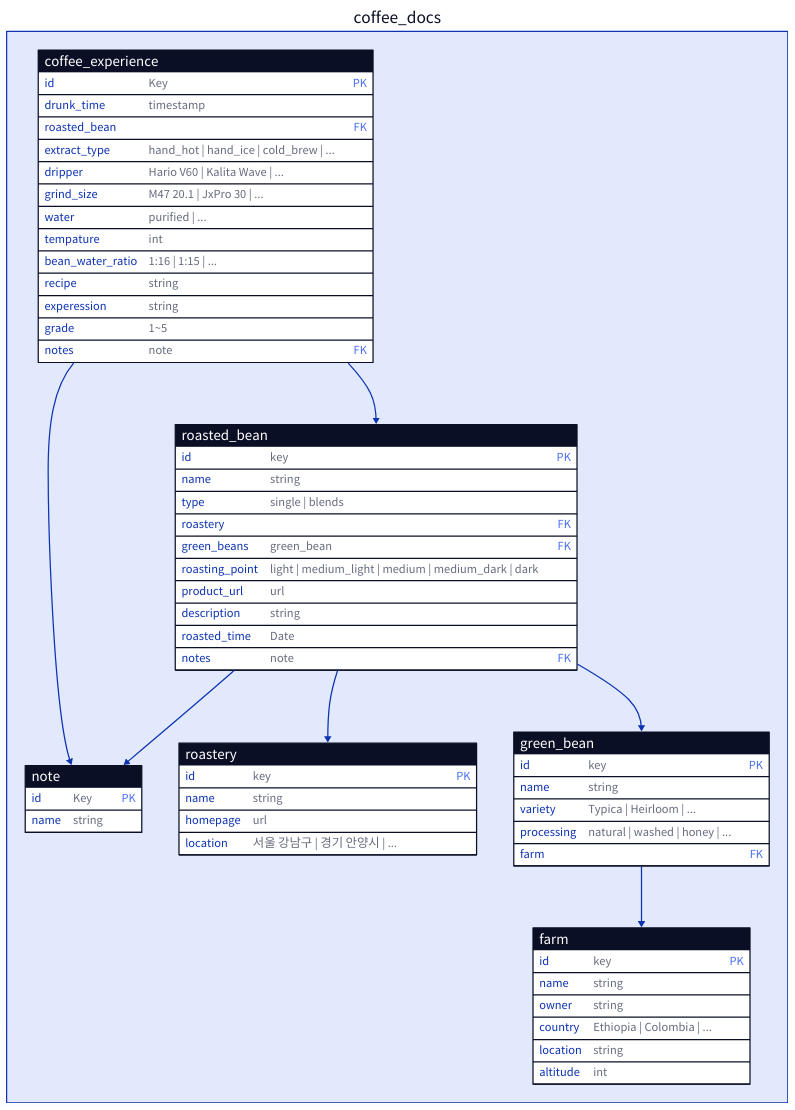
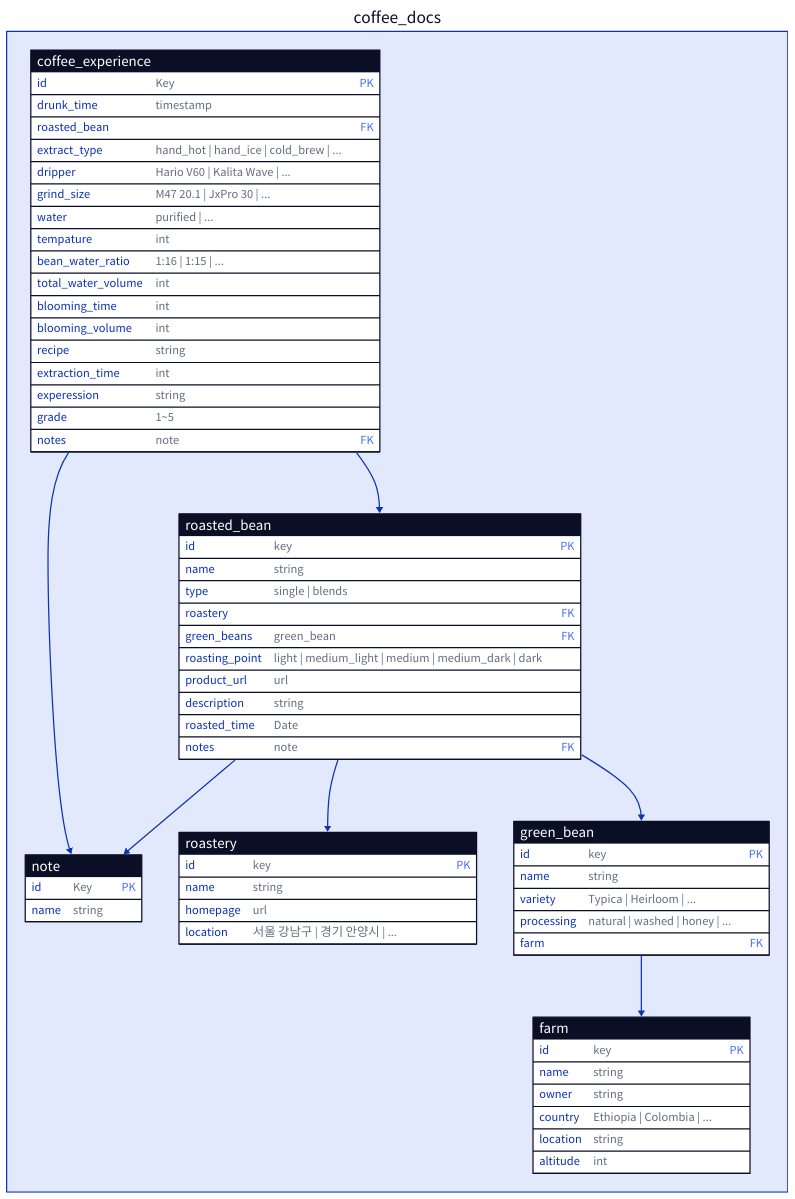
The diagram in coffee_experience.d2 (ColorOfLight/workspace-d2), drawn with D2 before and after one commit.

Commit message:
feat; coffee_experience v1.2
- imprvoe Dripping props for coffee_experience table

```diff
--- a/coffee_experience.d2
+++ b/coffee_experience.d2
@@ -1,86 +1,90 @@
-# Doc Version: v1.1
+# Doc Version: v1.2
 coffee_docs: {
   coffee_experience: {
     shape: sql_table
     id: Key {constraint: primary_key}
     drunk_time: timestamp
 
     # Bean
     roasted_bean: roasted_bean {constraint: foreign_key}
     extract_type: hand_hot | hand_ice | cold_brew | ...
 
     # Dripping
     dripper: Hario V60 | Kalita Wave | ...
     grind_size: M47 20.1 | JxPro 30 | ...
     water: purified | ...
     tempature: int
     bean_water_ratio: 1:16 | 1:15 | ...
+    total_water_volume: int
+    blooming_time: int
+    blooming_volume: int
     recipe: string
+    extraction_time: int
 
     # Grade & Expression
     experession: string
     grade: 1~5
     notes: note {constraint: foreign_key}
   }
 
   note: {
     shape: sql_table
     id: Key {constraint: primary_key}
     name: string
   }
 
   roasted_bean: {
     shape: sql_table
     id: key {constraint: primary_key}
 
     # Basic Info
     name: string
     type: single | blends
     roastery: roastery {constraint: foreign_key}
     green_beans: green_bean {constraint: foreign_key}
 
     roasting_point: light | medium_light | medium | medium_dark | dark
 
     # Detailed Info
     product_url: url
     description: string
     roasted_time: Date
     notes: note {constraint: foreign_key}
   }
 
   roastery: {
     shape: sql_table
     id: key {constraint: primary_key}
     name: string
     homepage: url
     location: 서울 강남구 | 경기 안양시 | ...
   }
 
   green_bean: {
     shape: sql_table
     id: key {constraint: primary_key}
     name: string
     variety: Typica | Heirloom | ...
     processing: natural | washed | honey | ...
     farm: farm {constraint: foreign_key}
   }
 
   farm: {
     shape: sql_table
     id: key {constraint: primary_key}
     name: string
     owner: string
     country: Ethiopia | Colombia | ...
     location: string
     altitude: int
   }
 
   coffee_experience.roasted_bean -> roasted_bean.id
   coffee_experience.notes -> note.id
 
   roasted_bean.roastery -> roastery.id
   roasted_bean.green_beans -> green_bean.id
   roasted_bean.notes -> note.id
 
   green_bean.farm -> farm.id
 }
```
